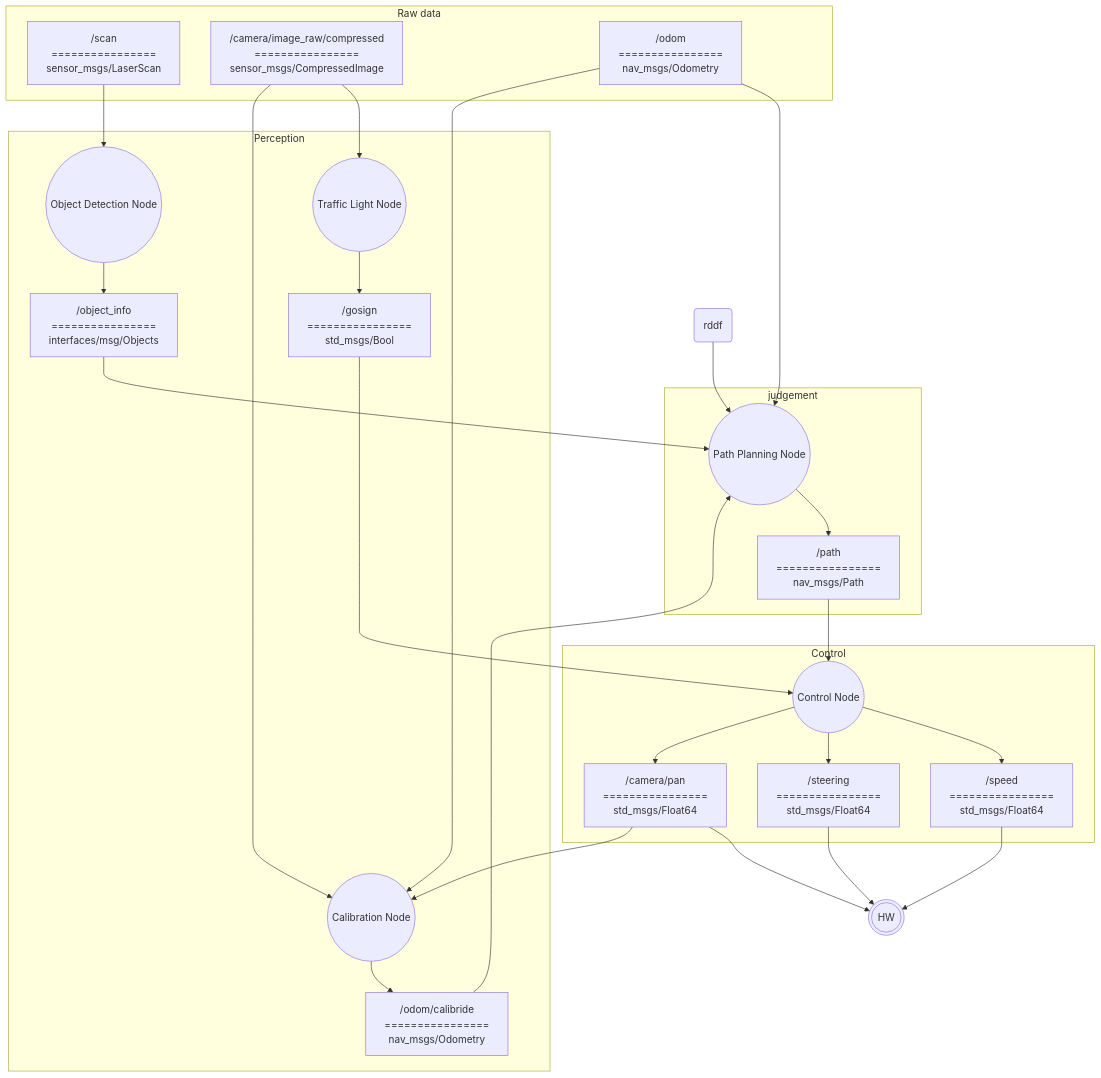
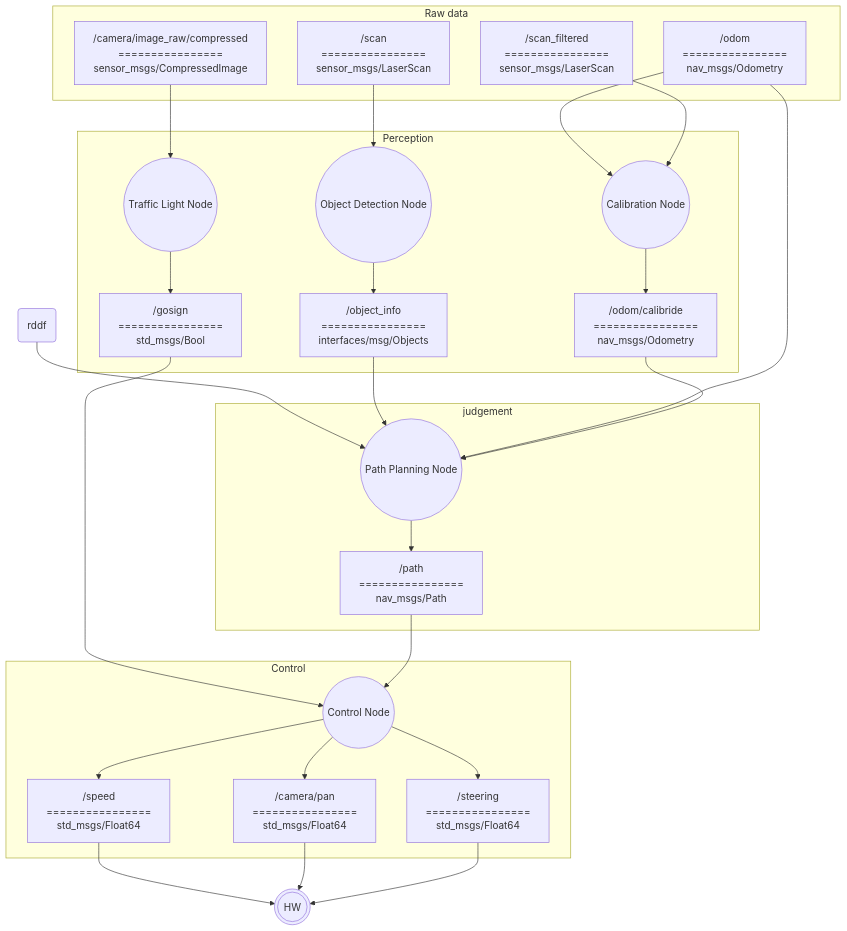
One commit to Team-Stier/AMET2026_coex_stier changed the diagram in README.md. Above: the diagram before and after it, drawn with Mermaid. The commit also changed other lines of this file and 181 other files, not shown here.

````diff
--- a/README.md
+++ b/README.md
@@ -52,78 +52,76 @@
 ```mermaid
 flowchart TD
 
 
 
     %% PhysiCar sensor topics
     subgraph Rawdata[Raw data]
         LIDAR["/scan<br/>================<br/>sensor_msgs/LaserScan"]
+        LIDAR_FILTERED["/scan_filtered<br/>================<br/>sensor_msgs/LaserScan"]
         IMAGE["/camera/image_raw/compressed<br/>================<br/>sensor_msgs/CompressedImage"]
         ODOM["/odom<br/>================<br/>nav_msgs/Odometry"]
     end
 
     %% Perception nodes and topics
     subgraph Perception[Perception]
         OBJECT_DETECT(("Object Detection Node"))
         TL(("Traffic Light Node"))
         CALIBRATION(("Calibration Node"))
         OBJECT_INFO["/object_info<br/>================<br/>interfaces/msg/Objects"]
         TL_RESULT["/gosign<br/>================<br/>std_msgs/Bool"]
         ODOM_CALIBRIDE["/odom/calibride<br/>================<br/>nav_msgs/Odometry"]
 
     end
 
     %% Localization, planning, and control
 
     subgraph judgement[judgement]
         PATH_PLANNING(("Path Planning Node"))
         PATH["/path<br/>================<br/>nav_msgs/Path"]
     end
 
     rddf("rddf") --> PATH_PLANNING
 
     subgraph Control[Control]
         CONTROL_PID(("Control Node"))
         SPEED["/speed<br/>================<br/>std_msgs/Float64"]
         CAMERA_PAN["/camera/pan<br/>================<br/>std_msgs/Float64"]
         STEERING["/steering<br/>================<br/>std_msgs/Float64"]
     end
 
 
     %% LiDAR pipeline
     LIDAR --> OBJECT_DETECT
     OBJECT_DETECT --> OBJECT_INFO
     OBJECT_INFO --> PATH_PLANNING
 
     %% Camera pipeline
     IMAGE --> TL
     TL --> TL_RESULT
     TL_RESULT --> CONTROL_PID
 
     %% Localization
 
 
     ODOM --> PATH_PLANNING
     ODOM --> CALIBRATION
 
     %% Planning and control
     PATH_PLANNING --> PATH
     PATH --> CONTROL_PID
     CONTROL_PID --> SPEED
     CONTROL_PID --> STEERING
     CONTROL_PID --> CAMERA_PAN
 
     %% Calibration feedback shown in the original sketch
     HW((("HW")))
 
     SPEED --> HW
     CAMERA_PAN --> HW
     STEERING --> HW
 
 
-    CAMERA_PAN --> CALIBRATION
-
-
     CALIBRATION --> ODOM_CALIBRIDE
     ODOM_CALIBRIDE --> PATH_PLANNING
-    IMAGE --> CALIBRATION
+    LIDAR_FILTERED --> CALIBRATION
 ```
````
